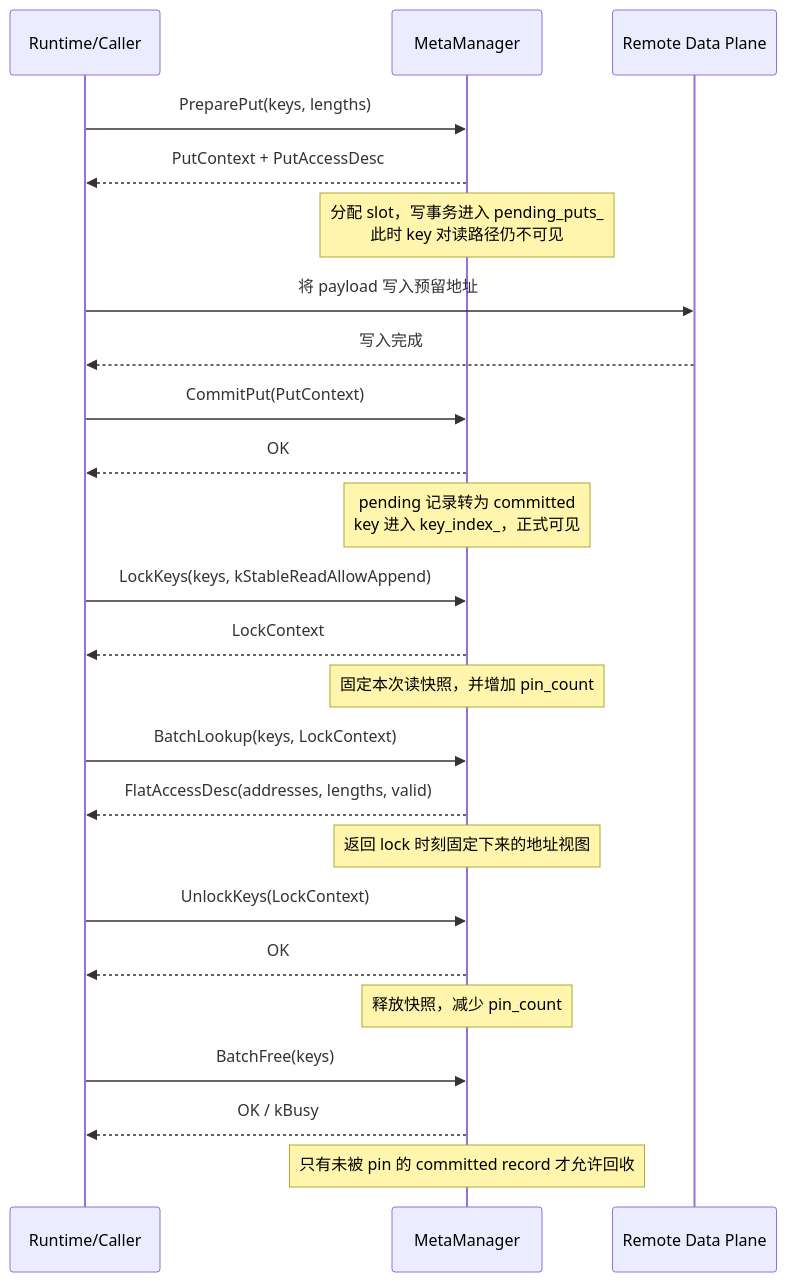
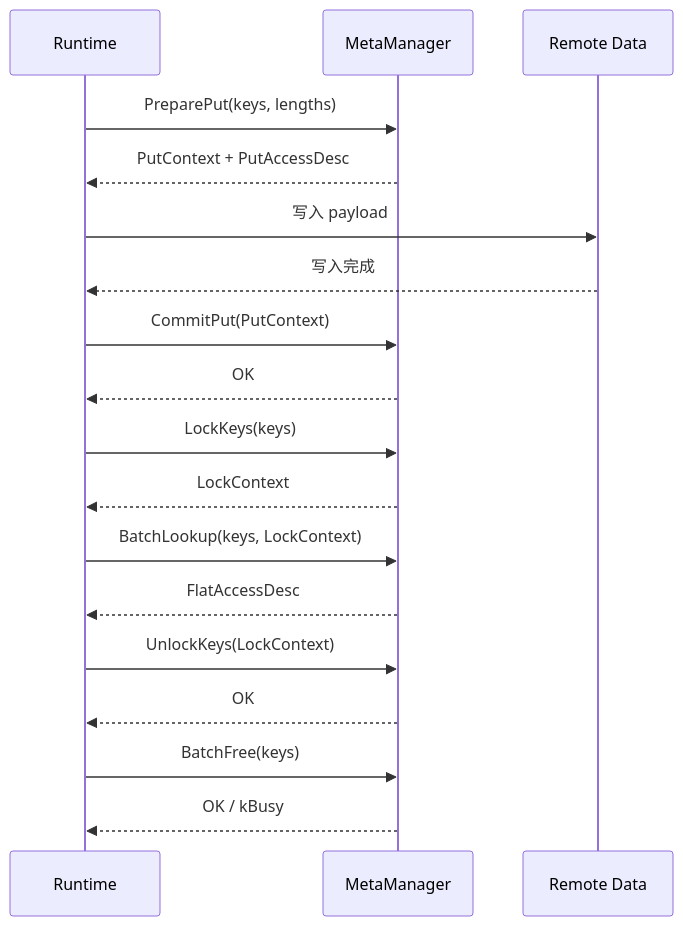
One commit to zxdgongjue-spec/KVAF changed the first of 2 diagrams in meta_manager/README.md. Above: the diagram before and after it, drawn with Mermaid. The commit also changed other lines of this file and 1 other file, not shown here.

````diff
--- a/meta_manager/README.md
+++ b/meta_manager/README.md
@@ -62,33 +65,21 @@
 ```mermaid
 sequenceDiagram
-    participant Client as Runtime/Caller
+    participant Client as Runtime
     participant MM as MetaManager
-    participant Data as Remote Data Plane
+    participant Data as Remote Data
 
     Client->>MM: PreparePut(keys, lengths)
     MM-->>Client: PutContext + PutAccessDesc
-    Note over MM: 分配 slot，写事务进入 pending_puts_<br/>此时 key 对读路径仍不可见
-
-    Client->>Data: 将 payload 写入预留地址
+    Client->>Data: 写入 payload
     Data-->>Client: 写入完成
-
     Client->>MM: CommitPut(PutContext)
     MM-->>Client: OK
-    Note over MM: pending 记录转为 committed<br/>key 进入 key_index_，正式可见
-
-    Client->>MM: LockKeys(keys, kStableReadAllowAppend)
+    Client->>MM: LockKeys(keys)
     MM-->>Client: LockContext
-    Note over MM: 固定本次读快照，并增加 pin_count
-
     Client->>MM: BatchLookup(keys, LockContext)
-    MM-->>Client: FlatAccessDesc(addresses, lengths, valid)
-    Note over MM: 返回 lock 时刻固定下来的地址视图
-
+    MM-->>Client: FlatAccessDesc
     Client->>MM: UnlockKeys(LockContext)
     MM-->>Client: OK
-    Note over MM: 释放快照，减少 pin_count
-
     Client->>MM: BatchFree(keys)
     MM-->>Client: OK / kBusy
-    Note over MM: 只有未被 pin 的 committed record 才允许回收
 ```
````
